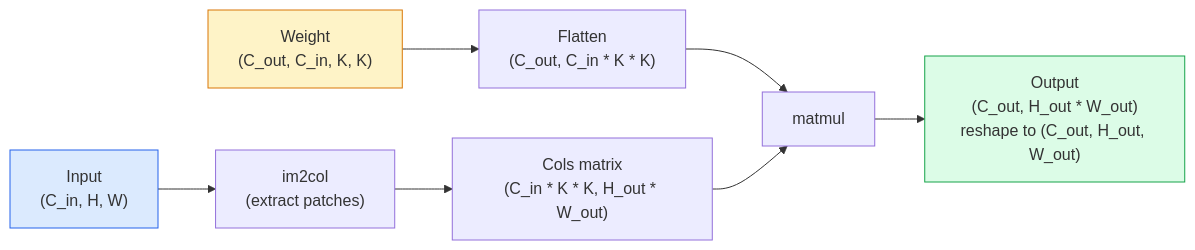
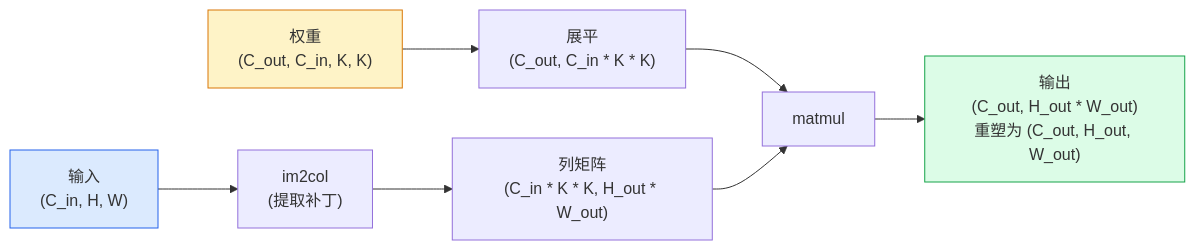
One commit to omigaZen/ai-engineering-from-scratch changed the second of 2 diagrams in phases/04-computer-vision/02-convolutions-from-scratch/docs/zh.md. Above: the diagram before and after it, drawn with Mermaid. The commit also changed other lines of this file, not shown here.

Commit message:
feat(phase-04/02): refine zh convolutions wording

````diff
--- a/phases/04-computer-vision/02-convolutions-from-scratch/docs/zh.md
+++ b/phases/04-computer-vision/02-convolutions-from-scratch/docs/zh.md
@@ -155,13 +155,13 @@
 ```mermaid
 flowchart LR
-    X["Input<br/>(C_in, H, W)"] --> IM2COL["im2col<br/>(extract patches)"]
-    IM2COL --> COLS["Cols matrix<br/>(C_in * K * K, H_out * W_out)"]
-    W["Weight<br/>(C_out, C_in, K, K)"] --> FLAT["Flatten<br/>(C_out, C_in * K * K)"]
+    X["输入<br/>(C_in, H, W)"] --> IM2COL["im2col<br/>(提取补丁)"]
+    IM2COL --> COLS["列矩阵<br/>(C_in * K * K, H_out * W_out)"]
+    W["权重<br/>(C_out, C_in, K, K)"] --> FLAT["展平<br/>(C_out, C_in * K * K)"]
     FLAT --> MM["matmul"]
     COLS --> MM
-    MM --> OUT["Output<br/>(C_out, H_out * W_out)<br/>reshape to (C_out, H_out, W_out)"]
+    MM --> OUT["输出<br/>(C_out, H_out * W_out)<br/>重塑为 (C_out, H_out, W_out)"]
 
     style X fill:#dbeafe,stroke:#2563eb
     style W fill:#fef3c7,stroke:#d97706
     style OUT fill:#dcfce7,stroke:#16a34a
 ```
````
